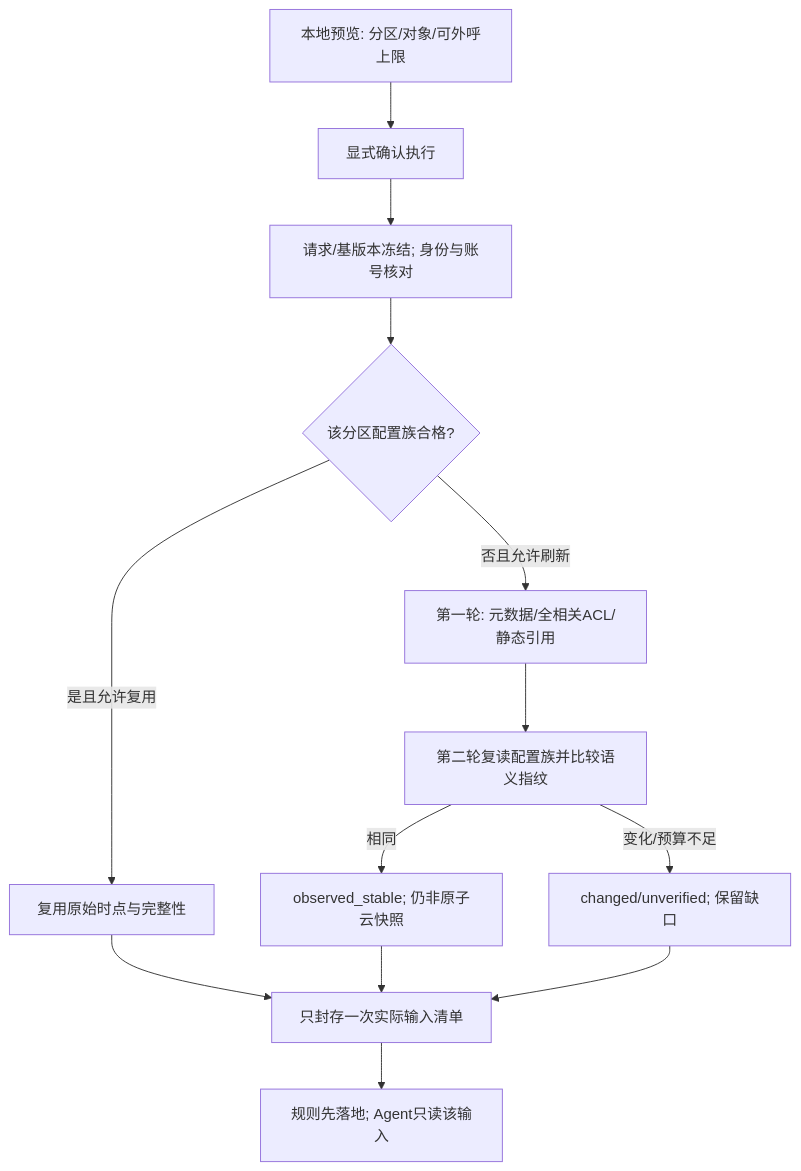
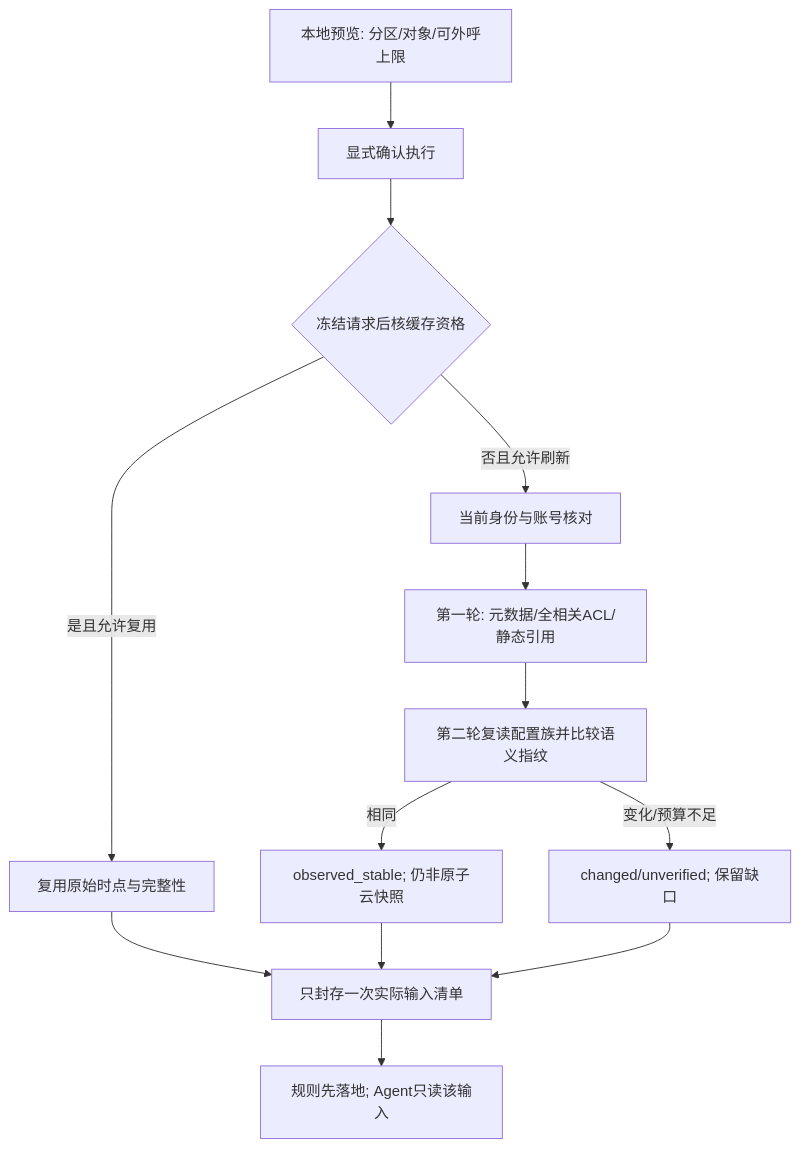
One commit to codelaod/cfw-policy-llm-agent changed the diagram in docs/design/aliyun-collector.md. Above: the diagram before and after it, drawn with Mermaid. The commit also changed other lines of this file and 331 other files, not shown here.

````diff
--- a/docs/design/aliyun-collector.md
+++ b/docs/design/aliyun-collector.md
@@ -82,15 +100,15 @@
 ```mermaid
 flowchart TD
   P[本地预览: 分区/对象/可外呼上限] --> C[显式确认执行]
-  C --> I[请求/基版本冻结; 身份与账号核对]
-  I --> K{该分区配置族合格?}
+  C --> K{冻结请求后核缓存资格}
   K -->|是且允许复用| R[复用原始时点与完整性]
-  K -->|否且允许刷新| S[第一轮: 元数据/全相关ACL/静态引用]
+  K -->|否且允许刷新| I[当前身份与账号核对]
+  I --> S[第一轮: 元数据/全相关ACL/静态引用]
   S --> V[第二轮复读配置族并比较语义指纹]
   V -->|相同| B[observed_stable; 仍非原子云快照]
   V -->|变化/预算不足| U[changed/unverified; 保留缺口]
   R --> M[只封存一次实际输入清单]
   B --> M
   U --> M
   M --> A[规则先落地; Agent只读该输入]
 ```
````
